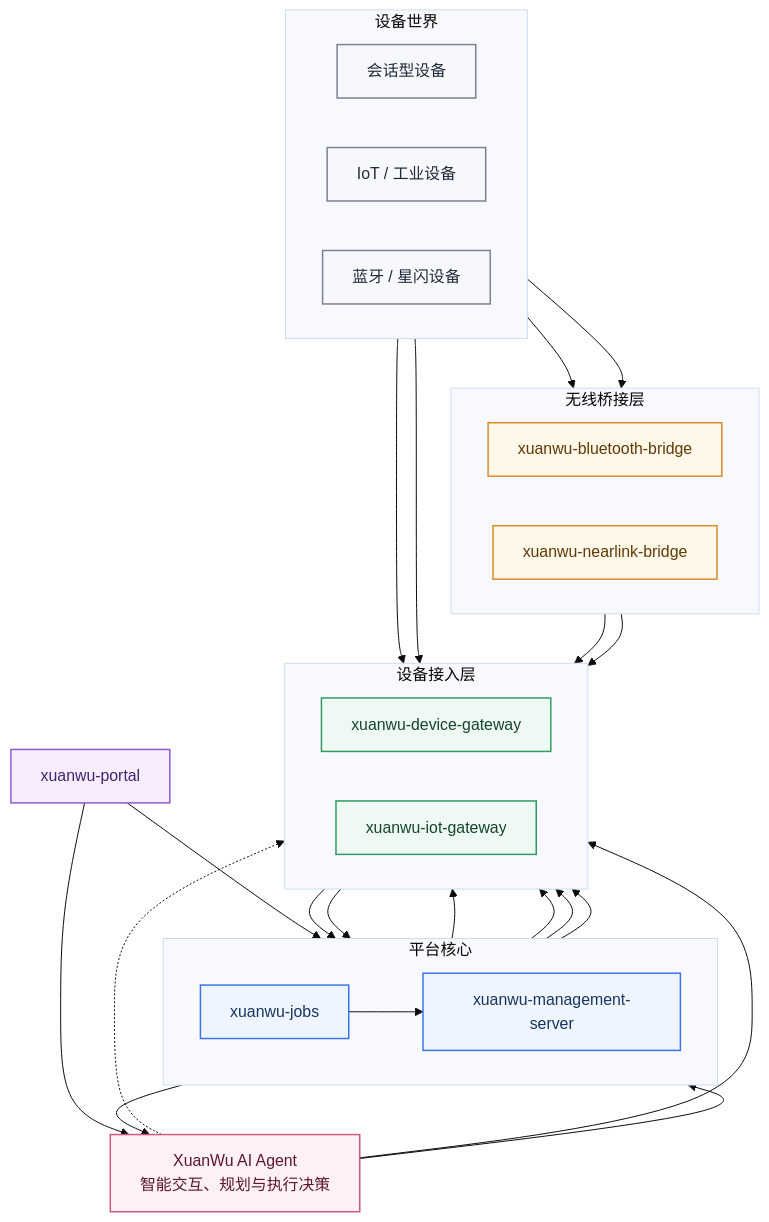
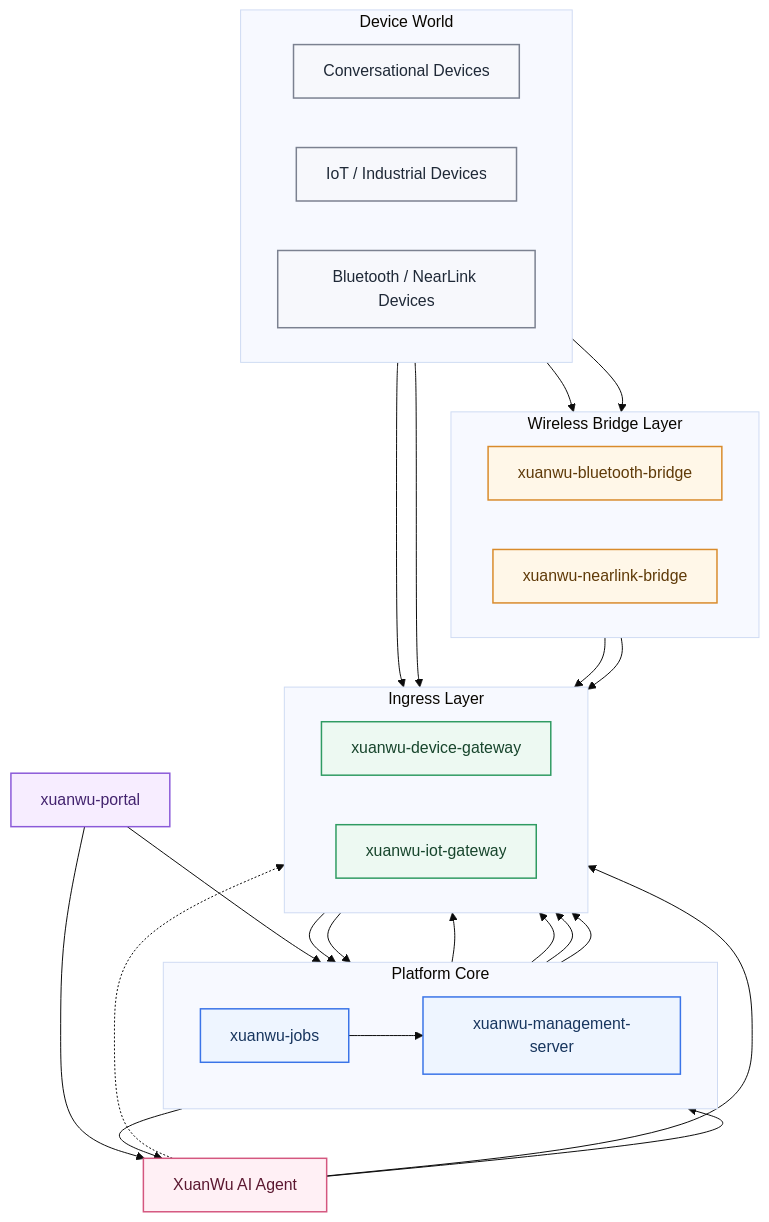
One commit to GrissonWu07/xuanwu-ai-platform changed the second of 2 diagrams in README.md. Above: the diagram before and after it, drawn with Mermaid (base theme). The commit also changed other lines of this file and 3 other files, not shown here.

````diff
--- a/README.md
+++ b/README.md
@@ -124,70 +124,70 @@
 ```mermaid
 flowchart TB
     Portal["xuanwu-portal"]
 
-    XW["XuanWu AI Agent<br/>智能交互、规划与执行决策"]
+    XW["XuanWu AI Agent"]
 
-    subgraph Control["平台核心"]
+    subgraph Control["Platform Core"]
         direction LR
         Mgmt["xuanwu-management-server"]
         Jobs["xuanwu-jobs"]
     end
 
-    subgraph Ingress["设备接入层"]
+    subgraph Ingress["Ingress Layer"]
         direction LR
         Device["xuanwu-device-gateway"]
         IoT["xuanwu-iot-gateway"]
     end
 
-    subgraph Bridge["无线桥接层"]
+    subgraph Bridge["Wireless Bridge Layer"]
         direction LR
         BT["xuanwu-bluetooth-bridge"]
         NL["xuanwu-nearlink-bridge"]
     end
 
-    subgraph World["设备世界"]
+    subgraph World["Device World"]
         direction LR
-        Conv["会话型设备"]
-        IotDev["IoT / 工业设备"]
-        Wireless["蓝牙 / 星闪设备"]
+        Conv["Conversational Devices"]
+        IotDev["IoT / Industrial Devices"]
+        Wireless["Bluetooth / NearLink Devices"]
     end
 
     Portal --> Mgmt
     Portal --> XW
 
     Jobs --> Mgmt
     Jobs --> Device
     Jobs --> IoT
 
     Mgmt --> Device
     Mgmt --> IoT
     Mgmt --> XW
 
     Conv --> Device
     IotDev --> IoT
     Wireless --> BT
     Wireless --> NL
 
     BT --> IoT
     NL --> IoT
 
     Device --> Mgmt
     IoT --> Mgmt
     XW --> Jobs
     XW -.-> Device
     XW --> IoT
 
     classDef ux fill:#f7edff,stroke:#8b5ad9,color:#43236e,stroke-width:1.5px;
     classDef control fill:#eef5ff,stroke:#3a74e8,color:#17355e,stroke-width:1.5px;
     classDef ingress fill:#edf9f2,stroke:#2f9b62,color:#17452c,stroke-width:1.5px;
     classDef bridge fill:#fff7e8,stroke:#d98b2b,color:#5f3a08,stroke-width:1.5px;
     classDef world fill:#f7f8fc,stroke:#7b8190,color:#1f2937,stroke-width:1.5px;
     classDef agent fill:#fff0f5,stroke:#d4577f,color:#5b1830,stroke-width:1.5px;
 
     class Portal ux;
     class Mgmt,Jobs control;
     class Device,IoT ingress;
     class BT,NL bridge;
     class Conv,IotDev,Wireless world;
     class XW agent;
 ```
````
